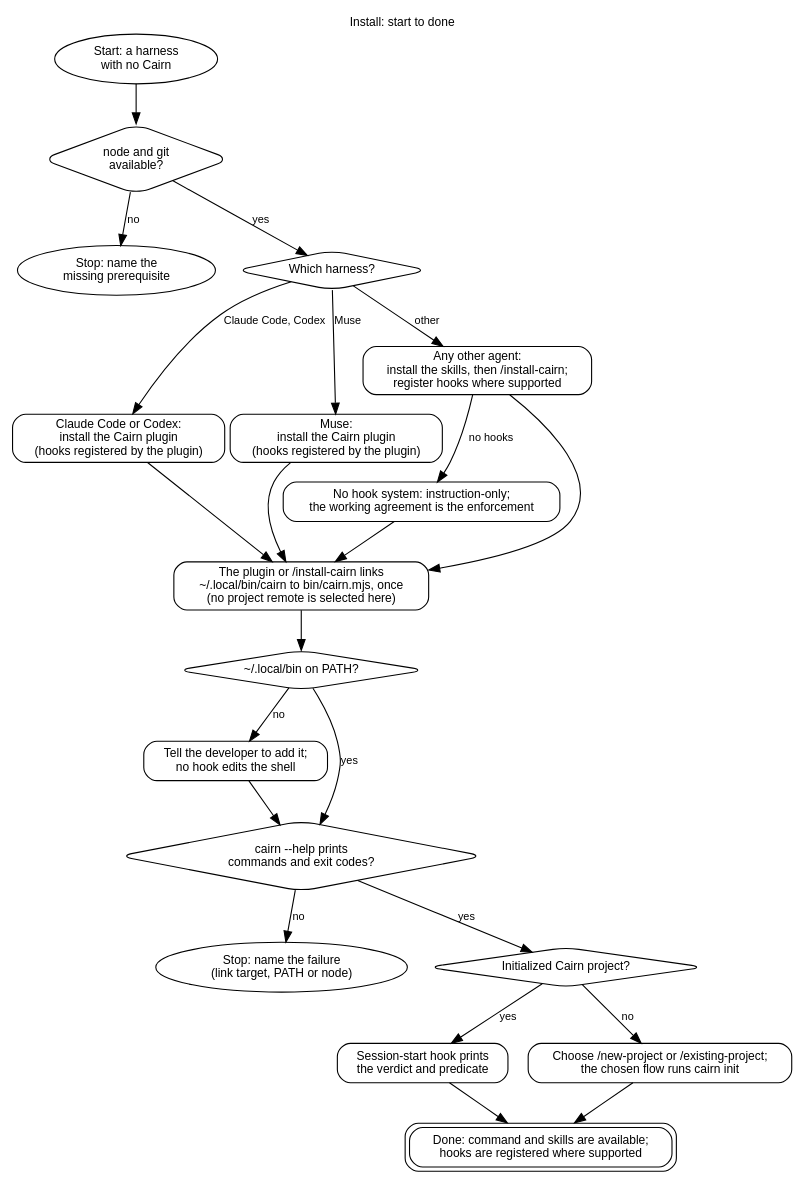
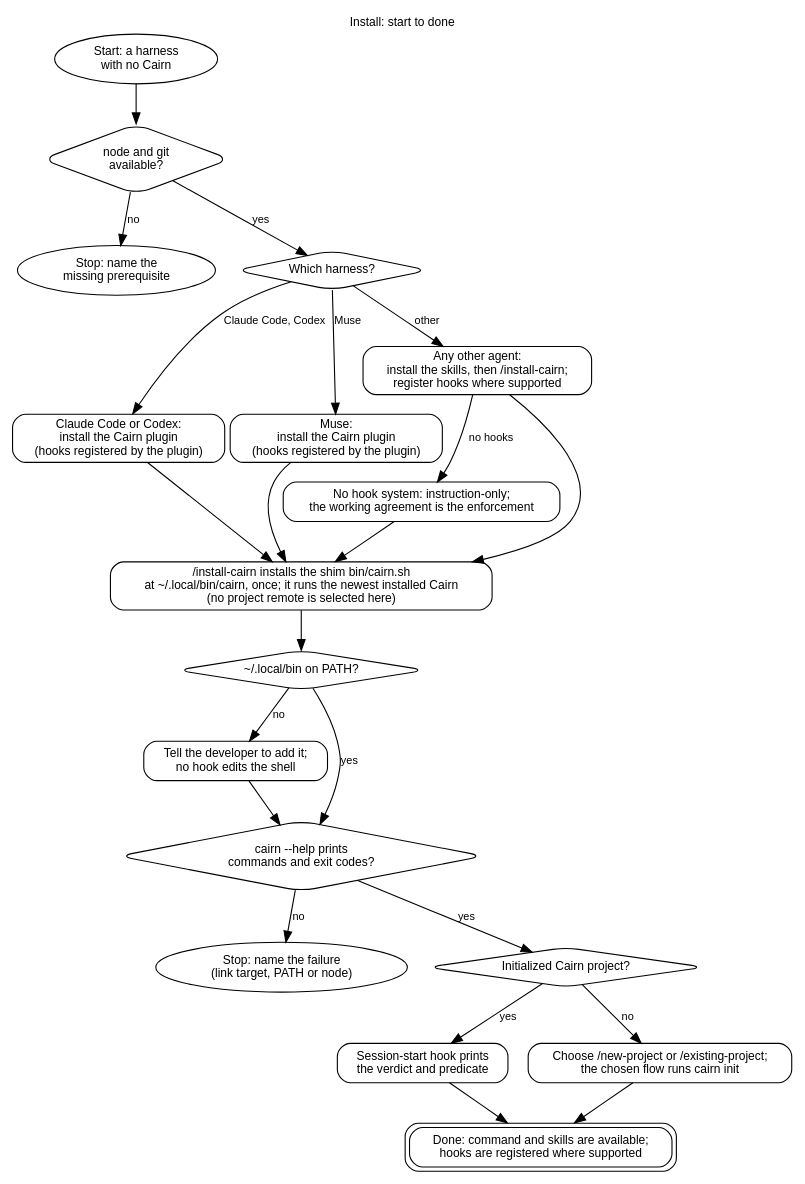
One commit to eas4ai/cairn changed the diagram in docs/diagrams/install.dot. Above: the diagram before and after it, drawn with Graphviz. The commit also changed 10 other files, not shown here.

Commit message:
The cairn command is a shim that runs the newest installed Cairn, so a plugin update never strands it; install-cairn installs it and the hooks name the one command that does

```diff
--- a/docs/diagrams/install.dot
+++ b/docs/diagrams/install.dot
@@ -1,43 +1,43 @@
 // Install: global harness setup. Project policy is initialized by an entry skill.
 digraph install {
   rankdir=TB;
   graph [fontname="Helvetica", fontsize=11, labelloc=t, label="Install: start to done"];
   node  [shape=box, style=rounded, fontname="Helvetica", fontsize=11];
   edge  [fontname="Helvetica", fontsize=10];
 
   start [shape=oval, label="Start: a harness\nwith no Cairn"];
   prereq [shape=diamond, label="node and git\navailable?"];
   missing [shape=oval, label="Stop: name the\nmissing prerequisite"];
   harness [shape=diamond, label="Which harness?"];
   cc [label="Claude Code or Codex:\ninstall the Cairn plugin\n(hooks registered by the plugin)"];
   muse [label="Muse:\ninstall the Cairn plugin\n(hooks registered by the plugin)"];
   other [label="Any other agent:\ninstall the skills, then /install-cairn;\nregister hooks where supported"];
   nohooks [label="No hook system: instruction-only;\nthe working agreement is the enforcement"];
-  link [label="The plugin or /install-cairn links\n~/.local/bin/cairn to bin/cairn.mjs, once\n(no project remote is selected here)"];
+  link [label="/install-cairn installs the shim bin/cairn.sh\nat ~/.local/bin/cairn, once; it runs the newest installed Cairn\n(no project remote is selected here)"];
   path [shape=diamond, label="~/.local/bin on PATH?"];
   addpath [label="Tell the developer to add it;\nno hook edits the shell"];
   help [shape=diamond, label="cairn --help prints\ncommands and exit codes?"];
   broken [shape=oval, label="Stop: name the failure\n(link target, PATH or node)"];
   project [shape=diamond, label="Initialized Cairn project?"];
   wake [label="Session-start hook prints\nthe verdict and predicate"];
   choose [label="Choose /new-project or /existing-project;\nthe chosen flow runs cairn init"];
   done [shape=box, peripheries=2, label="Done: command and skills are available;\nhooks are registered where supported"];
 
   start -> prereq;
   prereq -> missing [label="no"];
   prereq -> harness [label="yes"];
   harness -> cc [label="Claude Code, Codex"];
   harness -> muse [label="Muse"];
   harness -> other [label="other"];
   other -> nohooks [label="no hooks"];
   cc -> link; muse -> link; other -> link; nohooks -> link;
   link -> path;
   path -> addpath [label="no"];
   path -> help [label="yes"];
   addpath -> help;
   help -> broken [label="no"];
   help -> project [label="yes"];
   project -> wake [label="yes"];
   project -> choose [label="no"];
   wake -> done; choose -> done;
 }
```
